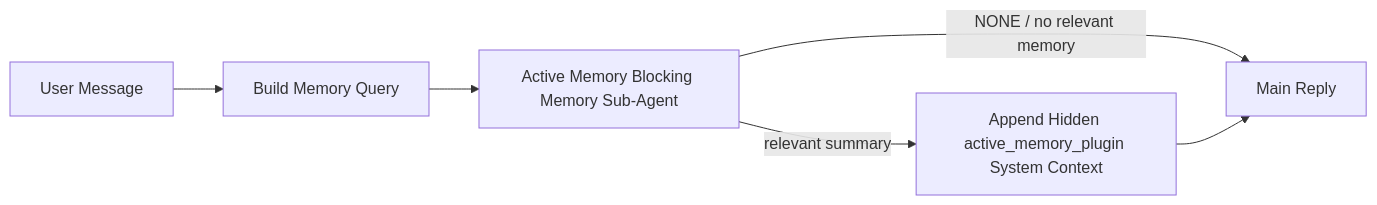
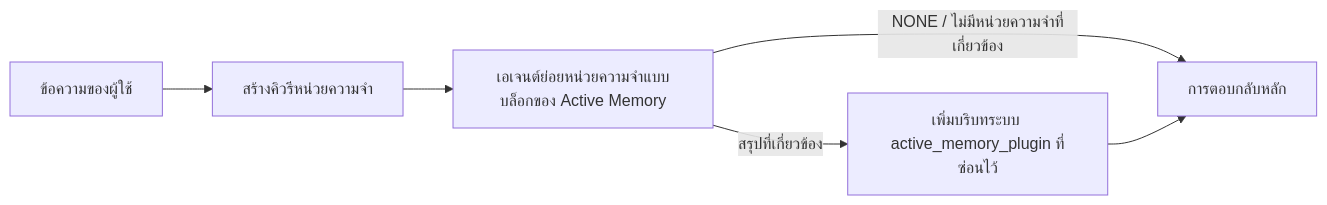
One commit to is0383kk/ai-docs-sync-workflow changed the diagram in openclaw-docs/th/concepts/active-memory.md. Above: the diagram before and after it, drawn with Mermaid. The commit also changed other lines of this file and 11096 other files, not shown here.

````diff
--- a/openclaw-docs/th/concepts/active-memory.md
+++ b/openclaw-docs/th/concepts/active-memory.md
@@ -74,8 +131,8 @@
 ```mermaid
 flowchart LR
-  U["User Message"] --> Q["Build Memory Query"]
-  Q --> R["Active Memory Blocking Memory Sub-Agent"]
-  R -->|NONE / no relevant memory| M["Main Reply"]
-  R -->|relevant summary| I["Append Hidden active_memory_plugin System Context"]
-  I --> M["Main Reply"]
+  U["ข้อความของผู้ใช้"] --> Q["สร้างคิวรีหน่วยความจำ"]
+  Q --> R["เอเจนต์ย่อยหน่วยความจำแบบบล็อกของ Active Memory"]
+  R -->|NONE / ไม่มีหน่วยความจำที่เกี่ยวข้อง| M["การตอบกลับหลัก"]
+  R -->|สรุปที่เกี่ยวข้อง| I["เพิ่มบริบทระบบ active_memory_plugin ที่ซ่อนไว้"]
+  I --> M["การตอบกลับหลัก"]
 ```
````
